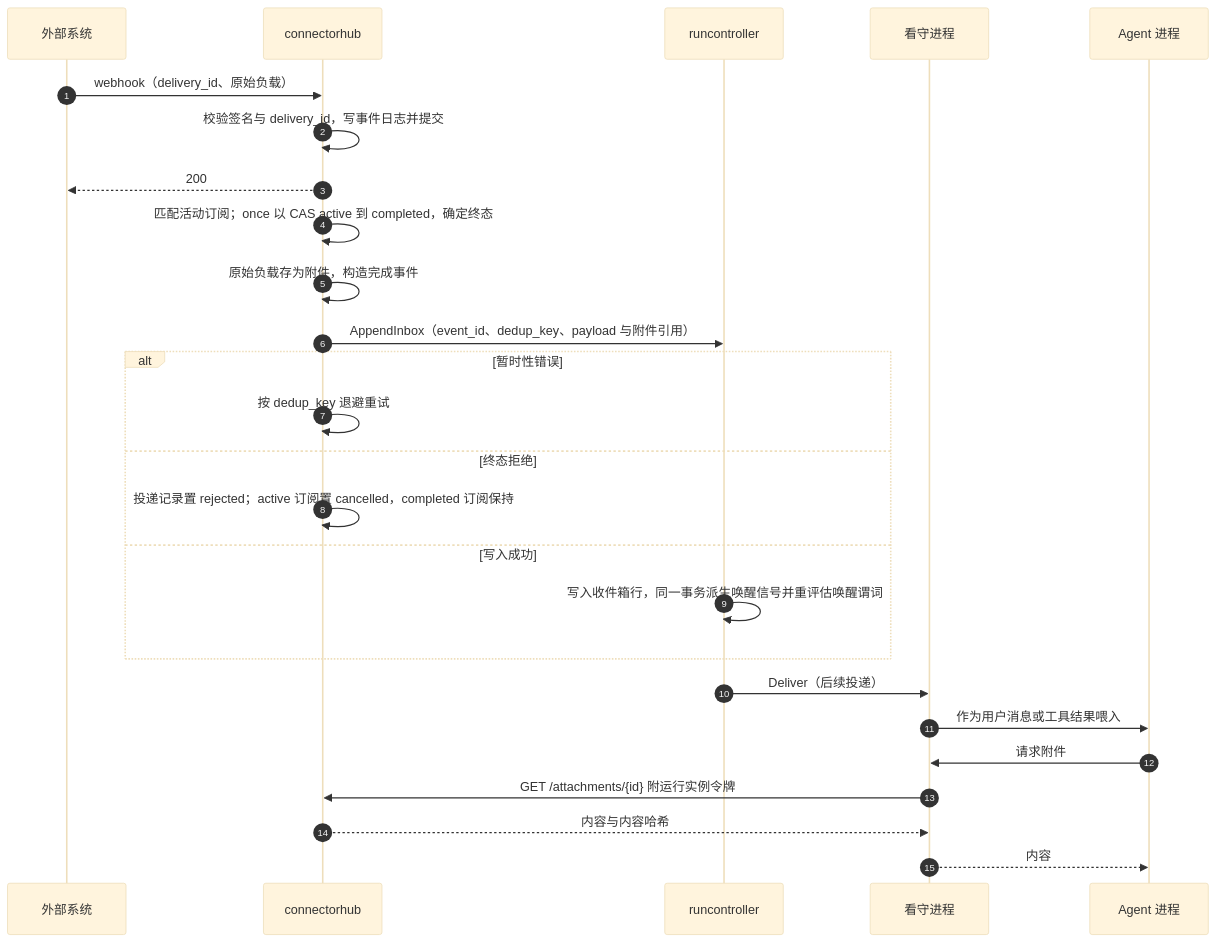
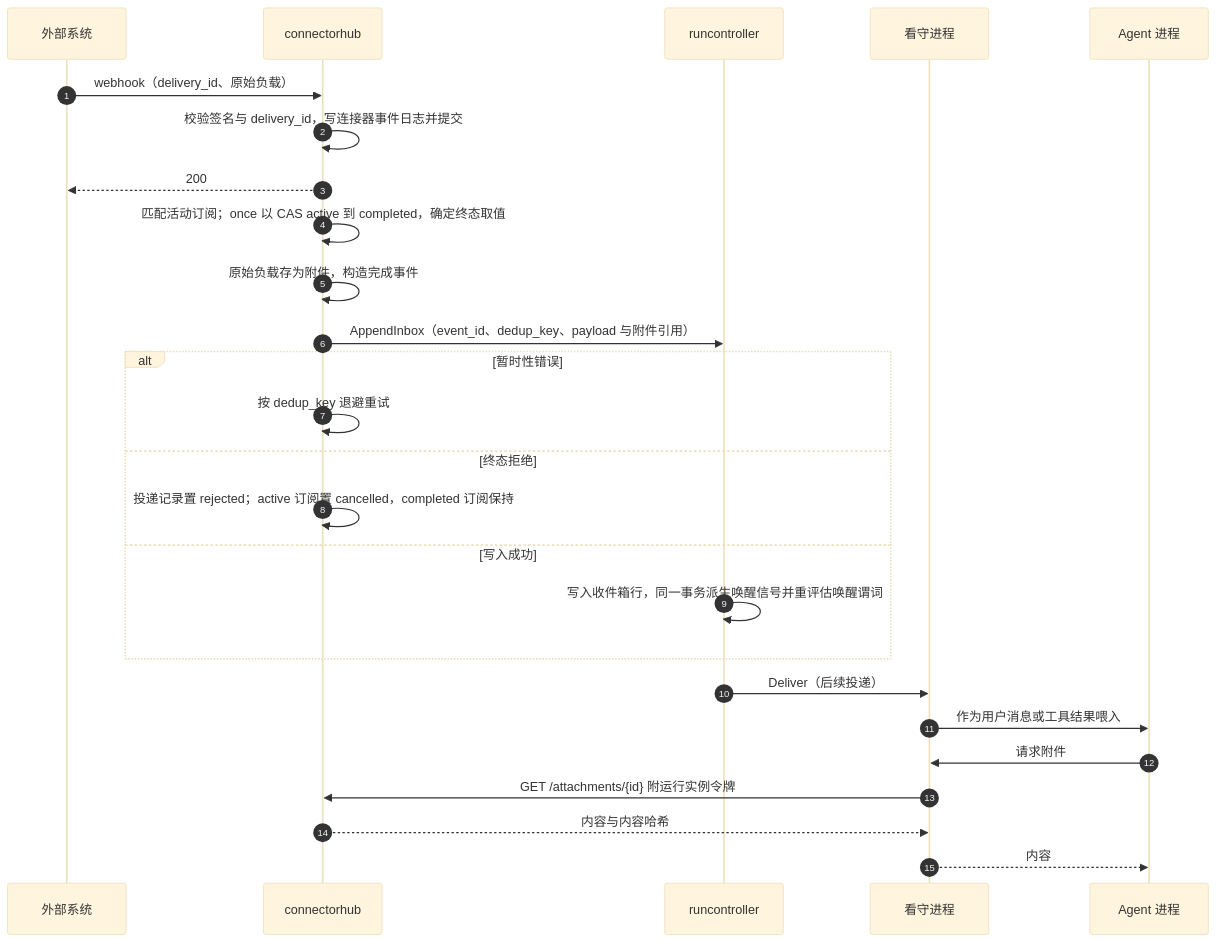
The fourth of 4 diagrams in docs/design/modules/connectorhub/design-connectorhub.md (wangzw/castworks), drawn with Mermaid (base theme) before and after one commit. The commit also changed other lines of this file and 37 other files, not shown here.

````diff
--- a/docs/design/modules/connectorhub/design-connectorhub.md
+++ b/docs/design/modules/connectorhub/design-connectorhub.md
@@ -388,28 +417,28 @@
 ```mermaid
 sequenceDiagram
     autonumber
     participant X as 外部系统
     participant C as connectorhub
     participant R as runcontroller
     participant W as 看守进程
     participant A as Agent 进程
     X->>C: webhook（delivery_id、原始负载）
-    C->>C: 校验签名与 delivery_id，写事件日志并提交
+    C->>C: 校验签名与 delivery_id，写连接器事件日志并提交
     C-->>X: 200
-    C->>C: 匹配活动订阅；once 以 CAS active 到 completed，确定终态
+    C->>C: 匹配活动订阅；once 以 CAS active 到 completed，确定终态取值
     C->>C: 原始负载存为附件，构造完成事件
     C->>R: AppendInbox（event_id、dedup_key、payload 与附件引用）
     alt 暂时性错误
         C->>C: 按 dedup_key 退避重试
     else 终态拒绝
         C->>C: 投递记录置 rejected；active 订阅置 cancelled，completed 订阅保持
     else 写入成功
         R->>R: 写入收件箱行，同一事务派生唤醒信号并重评估唤醒谓词
     end
     R->>W: Deliver（后续投递）
     W->>A: 作为用户消息或工具结果喂入
     A->>W: 请求附件
     W->>C: GET /attachments/{id} 附运行实例令牌
     C-->>W: 内容与内容哈希
     W-->>A: 内容
 ```
````
